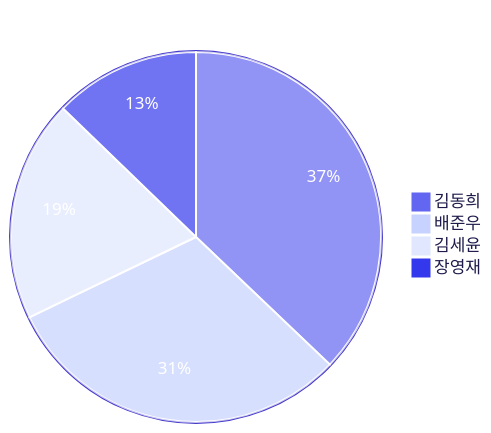
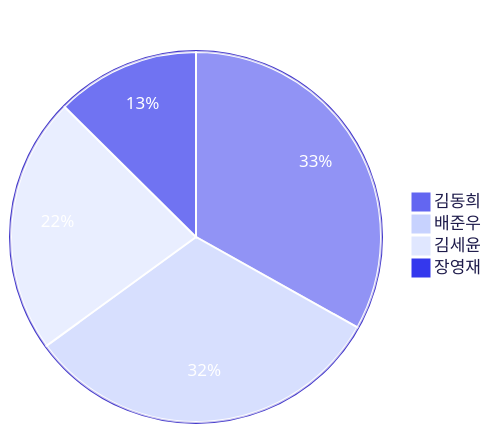
Before and after one commit to 3rd-project-team-1/ALYAC-market-team1: the third of 4 diagrams in README.md, drawn with Mermaid. The commit also changed other lines of this file, not shown here.

Commit message:
docs: 커밋 활동 차트 자동 업데이트 [skip ci]

````diff
--- a/README.md
+++ b/README.md
@@ -430,17 +430,17 @@
 ```mermaid
 %%{init: { 'theme': 'base', 'themeVariables': {
   'primaryColor': '#6366f1',
   'primaryTextColor': '#ffffff',
   'primaryBorderColor': '#4338ca',
   'secondaryColor': '#c7d2fe',
   'tertiaryColor': '#e0e7ff',
   'pieLegendTextColor': '#1e1b4b',
   'pieStrokeColor': '#ffffff',
   'pieOuterStrokeColor': '#4338ca'
 } } }%%
 pie title 기여자별 커밋 수
-  "김동희" : 157
-  "배준우" : 130
-  "김세윤" : 82
-  "장영재" : 54
+  "김동희" : 158
+  "배준우" : 152
+  "김세윤" : 107
+  "장영재" : 60
 ```
````
